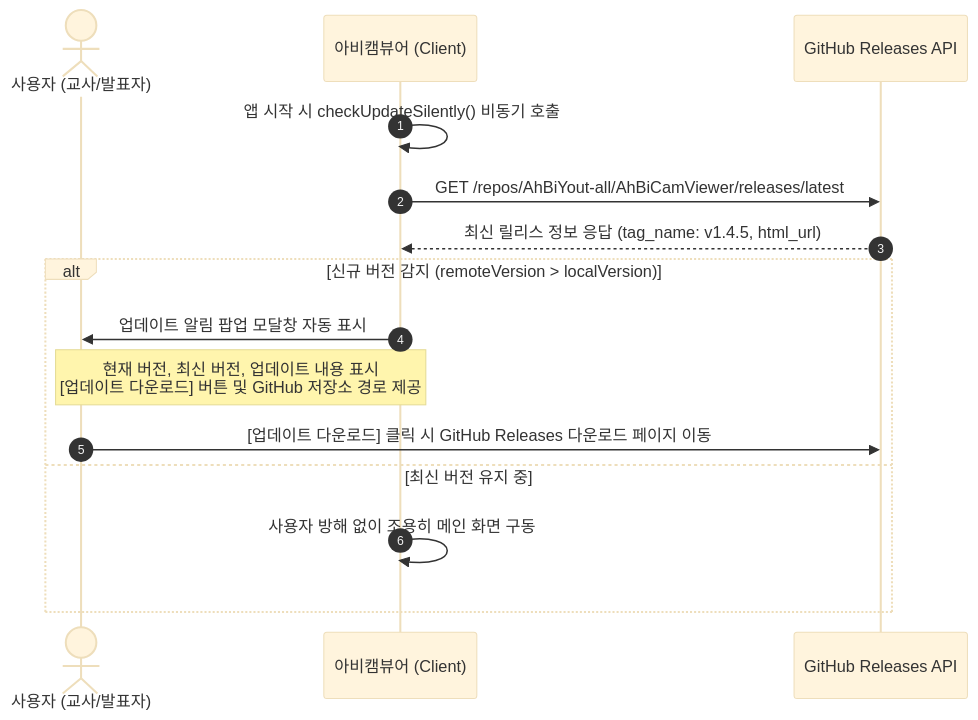
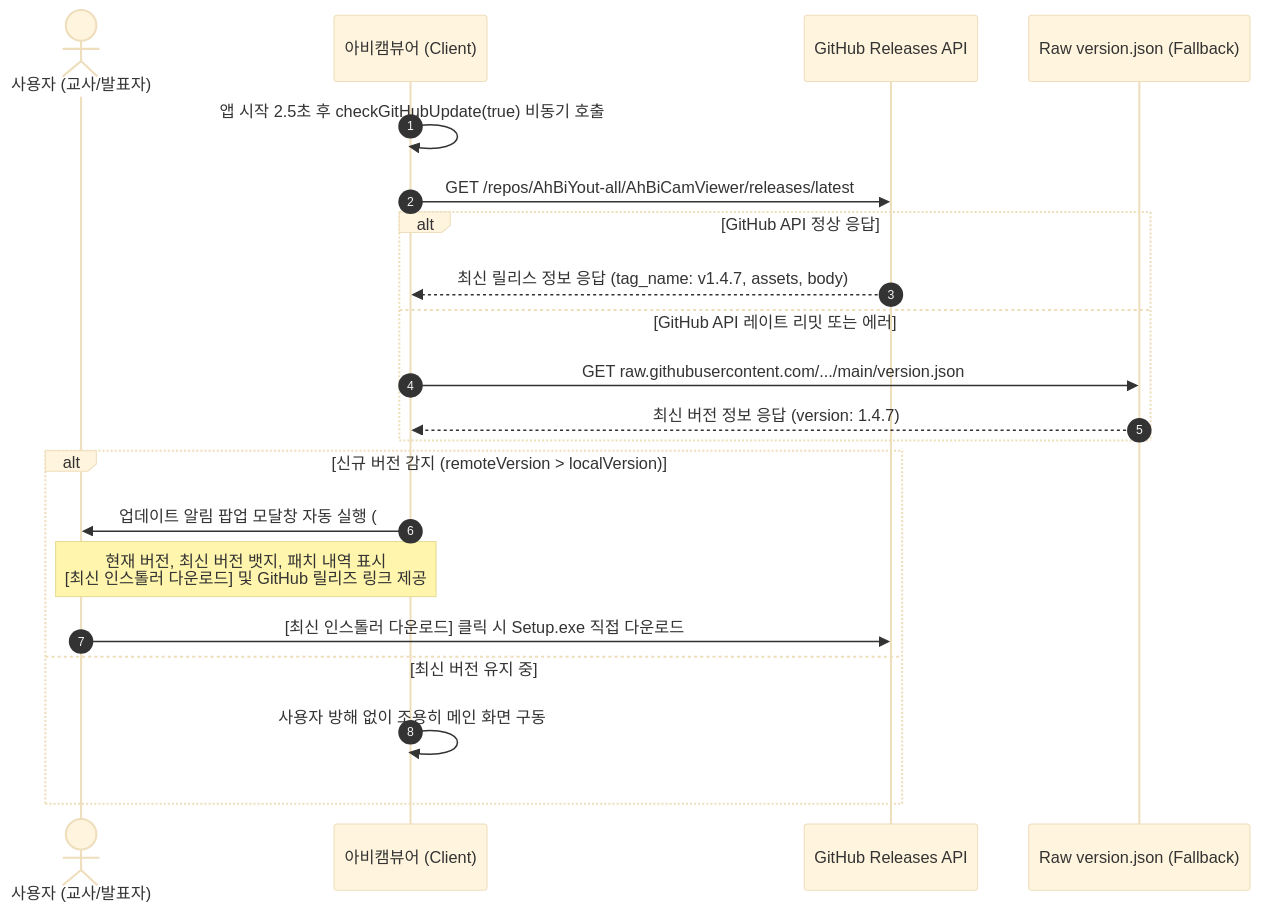
The diagram in docs/GITHUB.md (ahbiyout-all/AhBiCamViewer), drawn with Mermaid (base theme) before and after one commit. The commit also changed other lines of this file and 2 other files, not shown here.

Commit message:
docs: update Google Blogger post template and GitHub guide with rich-text and HTML modes

````diff
--- a/docs/GITHUB.md
+++ b/docs/GITHUB.md
@@ -59,18 +72,24 @@
 ```mermaid
 sequenceDiagram
     autonumber
     actor User as 사용자 (교사/발표자)
     participant App as 아비캠뷰어 (Client)
     participant GH as GitHub Releases API
+    participant Raw as Raw version.json (Fallback)
     
-    App->>App: 앱 시작 시 checkUpdateSilently() 비동기 호출
+    App->>App: 앱 시작 2.5초 후 checkGitHubUpdate(true) 비동기 호출
     App->>GH: GET /repos/AhBiYout-all/AhBiCamViewer/releases/latest
-    GH-->>App: 최신 릴리스 정보 응답 (tag_name: v1.4.5, html_url)
+    alt GitHub API 정상 응답
+        GH-->>App: 최신 릴리스 정보 응답 (tag_name: v1.4.7, assets, body)
+    else GitHub API 레이트 리밋 또는 에러
+        App->>Raw: GET raw.githubusercontent.com/.../main/version.json
+        Raw-->>App: 최신 버전 정보 응답 (version: 1.4.7)
+    end
     alt 신규 버전 감지 (remoteVersion > localVersion)
-        App->>User: 업데이트 알림 팝업 모달창 자동 표시
-        Note over User,App: 현재 버전, 최신 버전, 업데이트 내용 표시<br/>[업데이트 다운로드] 버튼 및 GitHub 저장소 경로 제공
-        User->>GH: [업데이트 다운로드] 클릭 시 GitHub Releases 다운로드 페이지 이동
+        App->>User: 업데이트 알림 팝업 모달창 자동 실행 (#updateNoticeModal)
+        Note over User,App: 현재 버전, 최신 버전 뱃지, 패치 내역 표시<br/>[최신 인스톨러 다운로드] 및 GitHub 릴리즈 링크 제공
+        User->>GH: [최신 인스톨러 다운로드] 클릭 시 Setup.exe 직접 다운로드
     else 최신 버전 유지 중
         App->>App: 사용자 방해 없이 조용히 메인 화면 구동
     end
 ```
````
